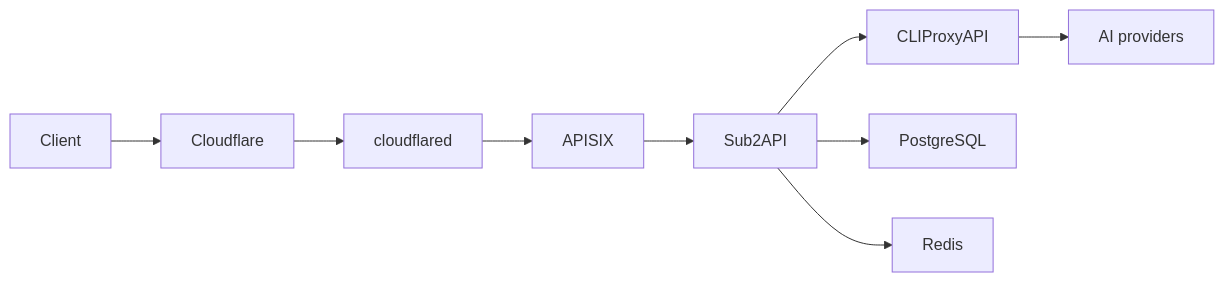
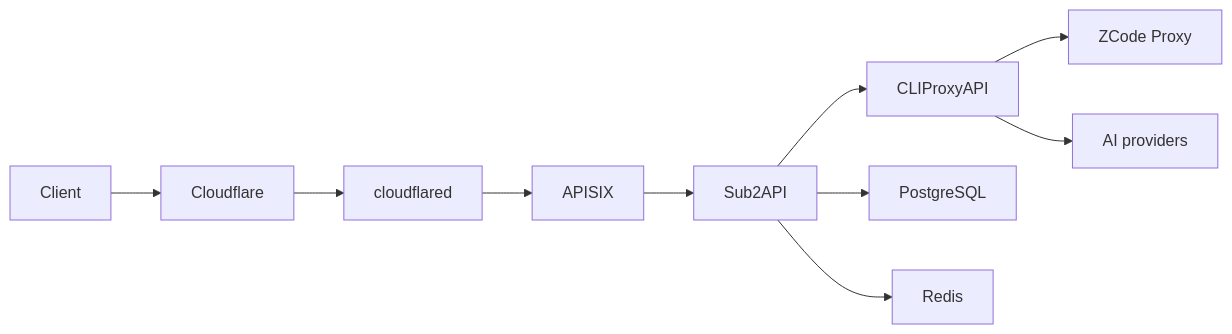
Before and after one commit to xz-dev/AI-gateway: the diagram in README.md, drawn with Mermaid. The commit also changed other lines of this file and 7 other files, not shown here.

````diff
--- a/README.md
+++ b/README.md
@@ -7,11 +7,12 @@
 ```mermaid
 flowchart LR
   Client --> Cloudflare
   Cloudflare --> cloudflared
   cloudflared --> APISIX
   APISIX --> Sub2API
   Sub2API --> CPA[CLIProxyAPI]
   Sub2API --> PostgreSQL
   Sub2API --> Redis
+  CPA --> ZCode[ZCode Proxy]
   CPA --> Providers[AI providers]
 ```
````
